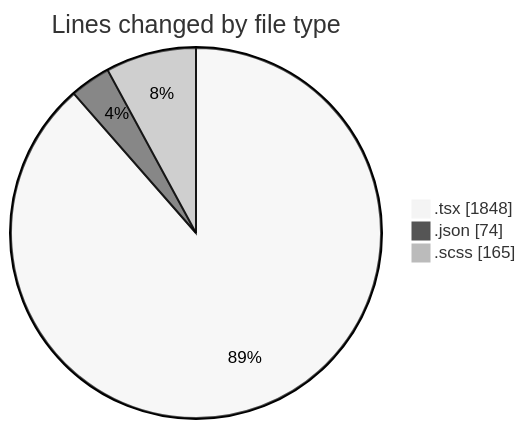
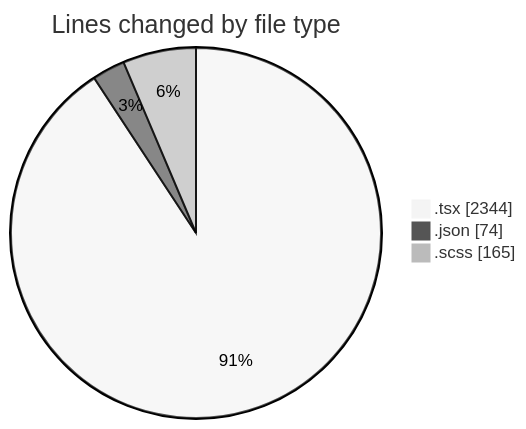
One commit to momahboobian/code-tracking changed the first of 2 diagrams in 2025-04-08/cda/README.md. Above: the diagram before and after it, drawn with Mermaid (neutral theme). The commit also changed other lines of this file and 1 other file, not shown here.

````diff
--- a/2025-04-08/cda/README.md
+++ b/2025-04-08/cda/README.md
@@ -25,7 +26,7 @@
 ```mermaid
 pie showData
 title Lines changed by file type
-".tsx" : 1848
+".tsx" : 2344
 ".json" : 74
 ".scss" : 165
 ```
````
